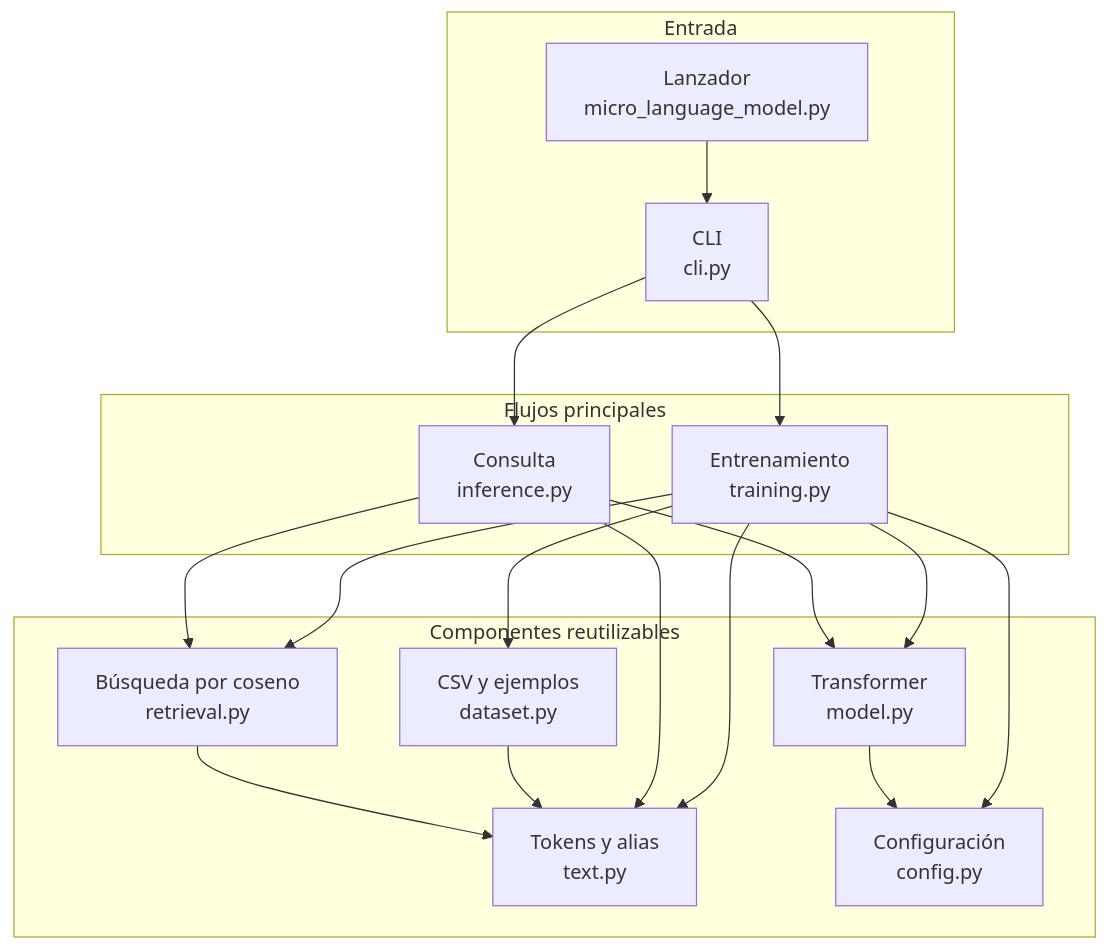
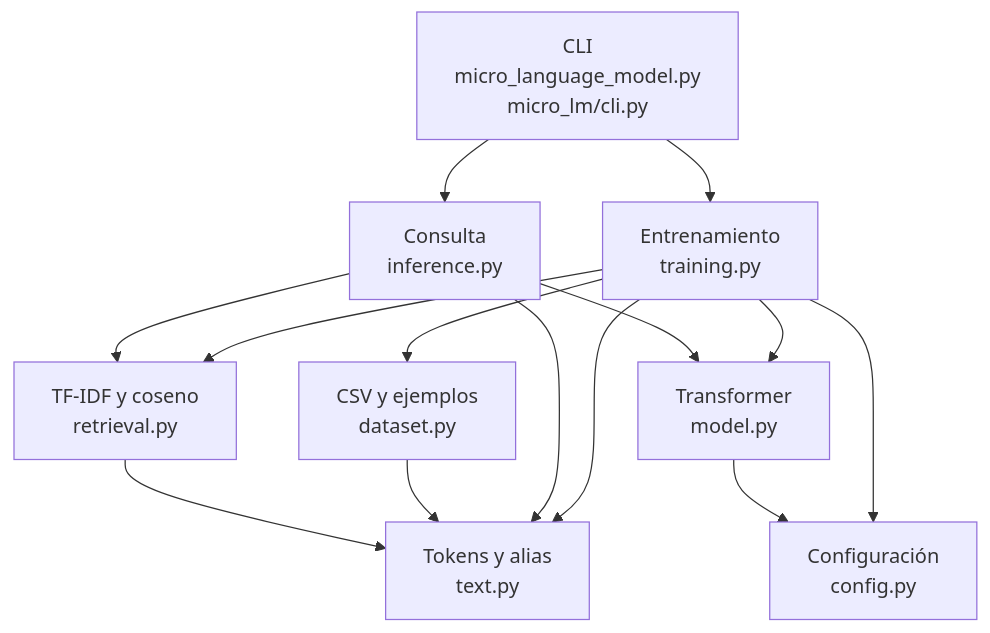
Before and after one commit to liljemery/micro-language-model: the diagram in README.md, drawn with Mermaid.

Commit message:
Compact README module diagram

````diff
--- a/README.md
+++ b/README.md
@@ -58,25 +58,25 @@
 ```mermaid
 flowchart TD
-    subgraph entry["Entrada"]
-        A["Lanzador<br/>micro_language_model.py"] --> B["CLI<br/>cli.py"]
-    end
+    cli["CLI<br/>micro_language_model.py<br/>micro_lm/cli.py"]
+    training["Entrenamiento<br/>training.py"]
+    inference["Consulta<br/>inference.py"]
+    dataset["CSV y ejemplos<br/>dataset.py"]
+    retrieval["TF-IDF y coseno<br/>retrieval.py"]
+    model["Transformer<br/>model.py"]
+    text["Tokens y alias<br/>text.py"]
+    config["Configuración<br/>config.py"]
 
-    subgraph workflows["Flujos principales"]
-        B --> C["Entrenamiento<br/>training.py"]
-        B --> D["Consulta<br/>inference.py"]
-    end
-
-    subgraph components["Componentes reutilizables"]
-        C --> E["CSV y ejemplos<br/>dataset.py"]
-        C --> F["Transformer<br/>model.py"]
-        C --> G["Búsqueda por coseno<br/>retrieval.py"]
-        C --> H["Tokens y alias<br/>text.py"]
-        C --> I["Configuración<br/>config.py"]
-        D --> F
-        D --> G
-        D --> H
-        E --> H
-        G --> H
-        F --> I
-    end
+    cli --> training
+    cli --> inference
+    training --> dataset
+    training --> retrieval
+    training --> model
+    training --> text
+    training --> config
+    inference --> retrieval
+    inference --> model
+    inference --> text
+    dataset --> text
+    retrieval --> text
+    model --> config
 ```
````
